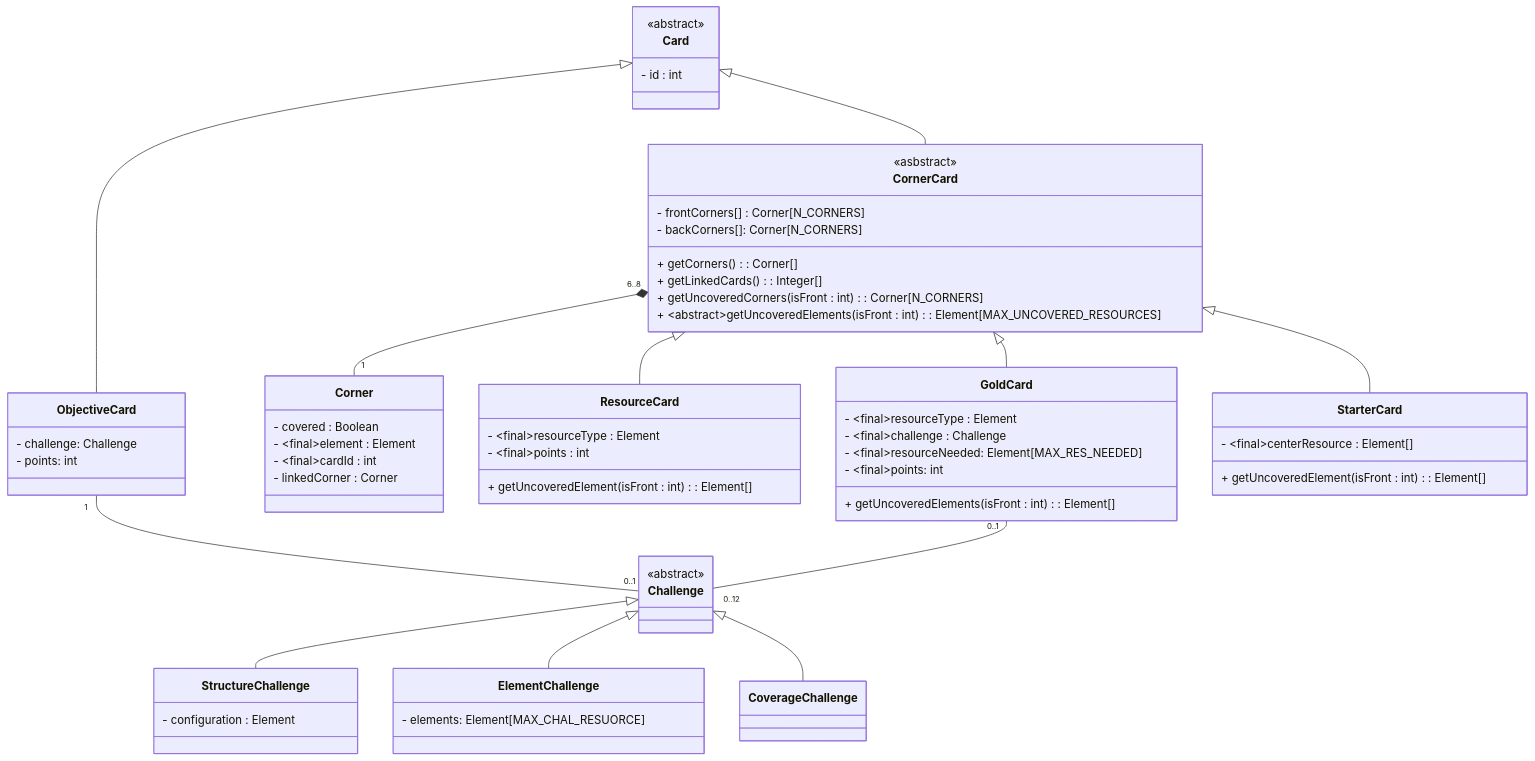
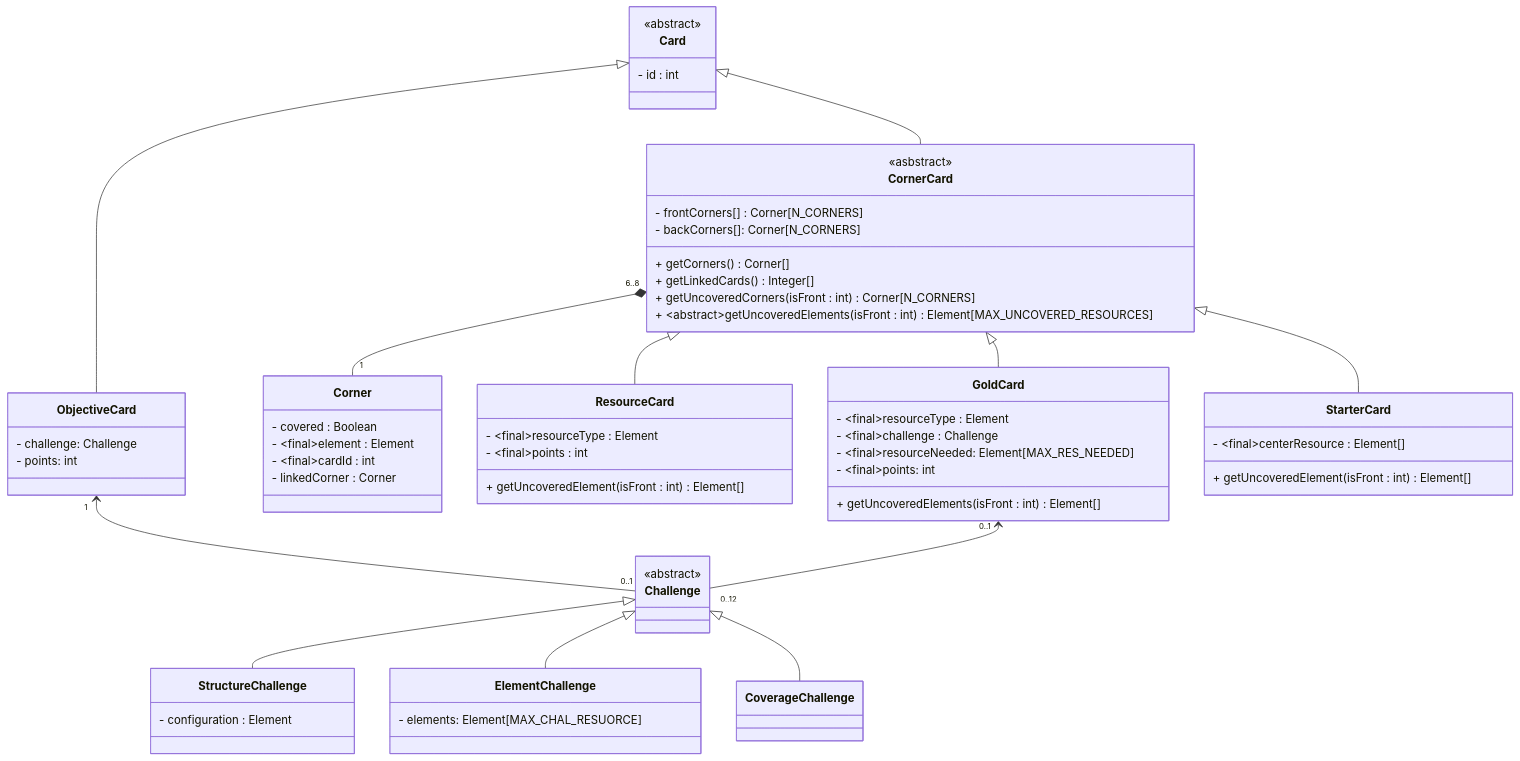
Before and after one commit to Pole11/ing-sw-2024-polelli-pozzi-quartieri-tessera: the first of 5 diagrams in deliverables/uml.md, drawn with Mermaid. The commit also changed other lines of this file and 65 other files, not shown here.

Commit message:
refactor of challenge, card, exception, modified methods of board, added chat, message, elements enums in uml.md; completed uml.md for peer-review

````diff
--- a/deliverables/uml.md
+++ b/deliverables/uml.md
@@ -7,76 +23,76 @@
 ```mermaid
 classDiagram
   class Card {
     <<abstract>>
     - id : int
   }
 
   class ObjectiveCard {
     - challenge: Challenge
     - points: int
   }
   Card <|-- ObjectiveCard
 
   class CornerCard {
     <<asbstract>>
     - frontCorners[] : Corner[N_CORNERS]
     - backCorners[]: Corner[N_CORNERS]
-    + getCorners() : Corner[]
-    + getLinkedCards() : Integer[]
-    + getUncoveredCorners(isFront : int) : Corner[N_CORNERS]
-    + ~abstract~getUncoveredElements(isFront : int) : Element[MAX_UNCOVERED_RESOURCES]
+    + getCorners()  Corner[]
+    + getLinkedCards()  Integer[]
+    + getUncoveredCorners(isFront : int)  Corner[N_CORNERS]
+    + ~abstract~getUncoveredElements(isFront : int)  Element[MAX_UNCOVERED_RESOURCES]
   }
   Card <|-- CornerCard
 
   class Corner {
     - covered : Boolean
     - ~final~element : Element
     - ~final~cardId : int
     - linkedCorner : Corner
 
   }
   CornerCard "6..8" *-- "1" Corner
 
   class ResourceCard {
     - ~final~resourceType : Element
     - ~final~points : int
-    + getUncoveredElement(isFront : int) : Element[]
+    + getUncoveredElement(isFront : int)  Element[]
   }
   CornerCard <|-- ResourceCard
 
   class GoldCard {
     - ~final~resourceType : Element
     - ~final~challenge : Challenge
     - ~final~resourceNeeded: Element[MAX_RES_NEEDED]
     - ~final~points: int
-    + getUncoveredElements(isFront : int) : Element[]
+    + getUncoveredElements(isFront : int)  Element[]
   }
   CornerCard <|-- GoldCard
 
   class StarterCard {
     - ~final~centerResource : Element[]
-    + getUncoveredElement(isFront : int) : Element[]
+    + getUncoveredElement(isFront : int)  Element[]
   }
   CornerCard <|-- StarterCard
 
   class Challenge {
     <<abstract>>
   }
-  ObjectiveCard "1" -- "0..1" Challenge
-  GoldCard "0..1" -- "0..12" Challenge
+  ObjectiveCard "1" <-- "0..1" Challenge
+  GoldCard "0..1" <-- "0..12" Challenge
 
   class StructureChallenge {
     - configuration : Element
   }
   Challenge <|-- StructureChallenge
 
   class ElementChallenge {
     - elements: Element[MAX_CHAL_RESUORCE]
   }
   Challenge <|-- ElementChallenge
 
   class CoverageChallenge {
 
   }
   Challenge <|-- CoverageChallenge
 ```
````
